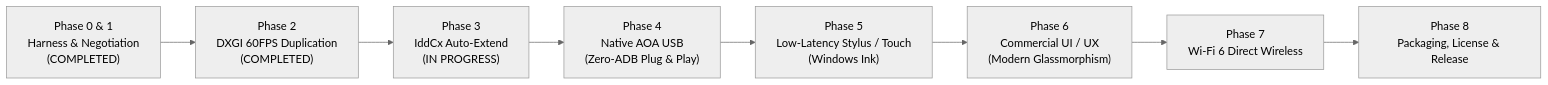
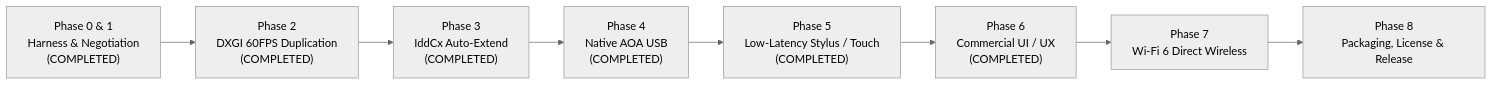
Before and after one commit to AbhijeetArjeet/OpenDisplay-USB: the diagram in OPENDISPLAY_MASTER_ROADMAP.md, drawn with Mermaid (neutral theme). The commit also changed other lines of this file and 28 other files, not shown here.

Commit message:
Complete Phases 3-6: Virtual display auto-extend, AOA USB, Stylus/Touch, Commercial UI

````diff
--- a/OPENDISPLAY_MASTER_ROADMAP.md
+++ b/OPENDISPLAY_MASTER_ROADMAP.md
@@ -136,10 +136,10 @@
 ```mermaid
 flowchart LR
     P0["Phase 0 & 1<br/>Harness & Negotiation<br/>(COMPLETED)"] --> P2["Phase 2<br/>DXGI 60FPS Duplication<br/>(COMPLETED)"]
-    P2 --> P3["Phase 3<br/>IddCx Auto-Extend<br/>(IN PROGRESS)"]
-    P3 --> P4["Phase 4<br/>Native AOA USB<br/>(Zero-ADB Plug & Play)"]
-    P4 --> P5["Phase 5<br/>Low-Latency Stylus / Touch<br/>(Windows Ink)"]
-    P5 --> P6["Phase 6<br/>Commercial UI / UX<br/>(Modern Glassmorphism)"]
+    P2 --> P3["Phase 3<br/>IddCx Auto-Extend<br/>(COMPLETED)"]
+    P3 --> P4["Phase 4<br/>Native AOA USB<br/>(COMPLETED)"]
+    P4 --> P5["Phase 5<br/>Low-Latency Stylus / Touch<br/>(COMPLETED)"]
+    P5 --> P6["Phase 6<br/>Commercial UI / UX<br/>(COMPLETED)"]
     P6 --> P7["Phase 7<br/>Wi-Fi 6 Direct Wireless"]
     P7 --> P8["Phase 8<br/>Packaging, License & Release"]
 ```
````
